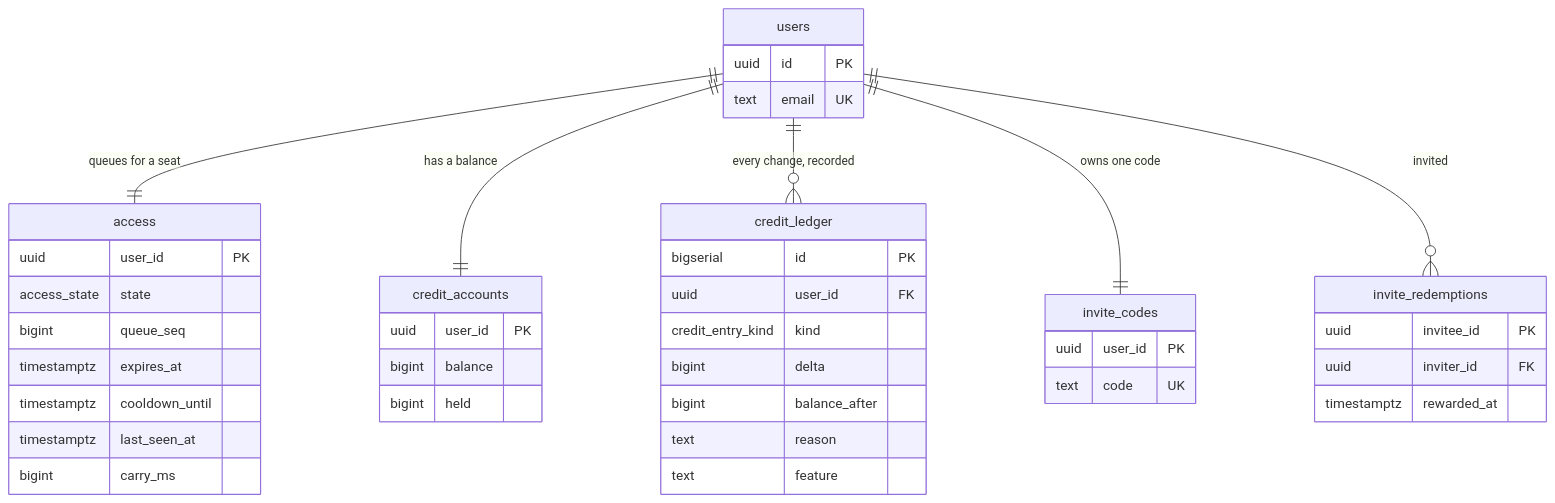
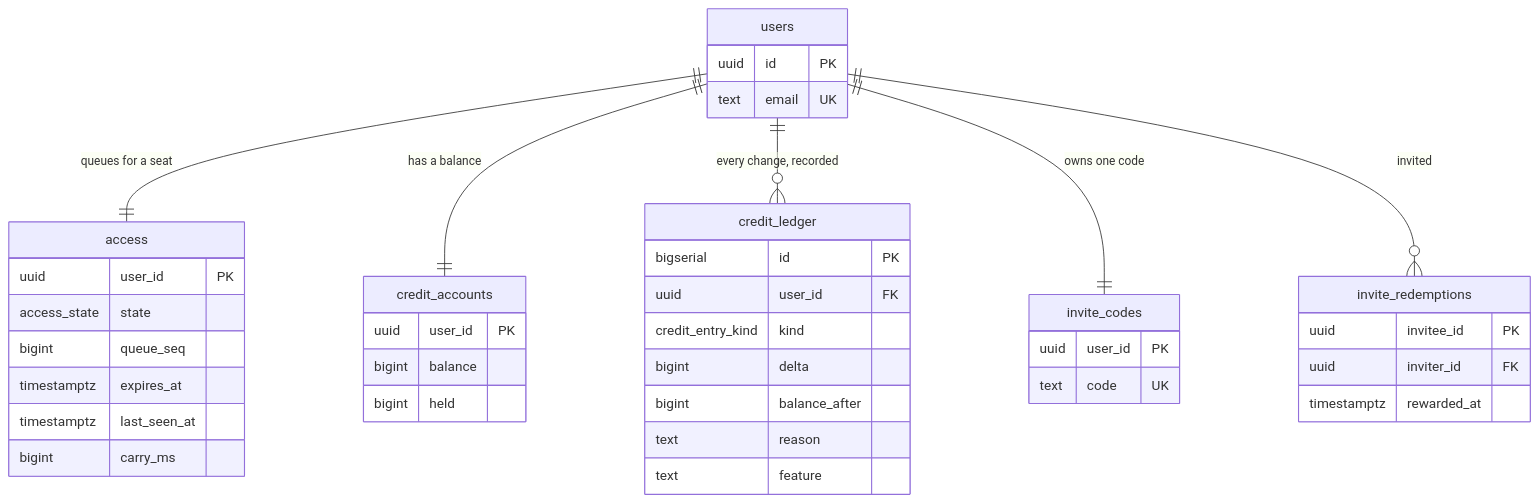
Before and after one commit to clickTwice26/robo-journey: the second of 2 diagrams in docs/packages/accounts.md, drawn with Mermaid. The commit also changed 20 other files, not shown here.

````diff
--- a/docs/packages/accounts.md
+++ b/docs/packages/accounts.md
@@ -57,45 +57,44 @@
 ```mermaid
 erDiagram
   users ||--|| access : "queues for a seat"
   users ||--|| credit_accounts : "has a balance"
   users ||--o{ credit_ledger : "every change, recorded"
   users ||--|| invite_codes : "owns one code"
   users ||--o{ invite_redemptions : "invited"
 
   users {
     uuid id PK
     text email UK
   }
   access {
     uuid user_id PK
     access_state state
     bigint queue_seq
     timestamptz expires_at
-    timestamptz cooldown_until
     timestamptz last_seen_at
     bigint carry_ms
   }
   credit_accounts {
     uuid user_id PK
     bigint balance
     bigint held
   }
   credit_ledger {
     bigserial id PK
     uuid user_id FK
     credit_entry_kind kind
     bigint delta
     bigint balance_after
     text reason
     text feature
   }
   invite_codes {
     uuid user_id PK
     text code UK
   }
   invite_redemptions {
     uuid invitee_id PK
     uuid inviter_id FK
     timestamptz rewarded_at
   }
 ```
````
